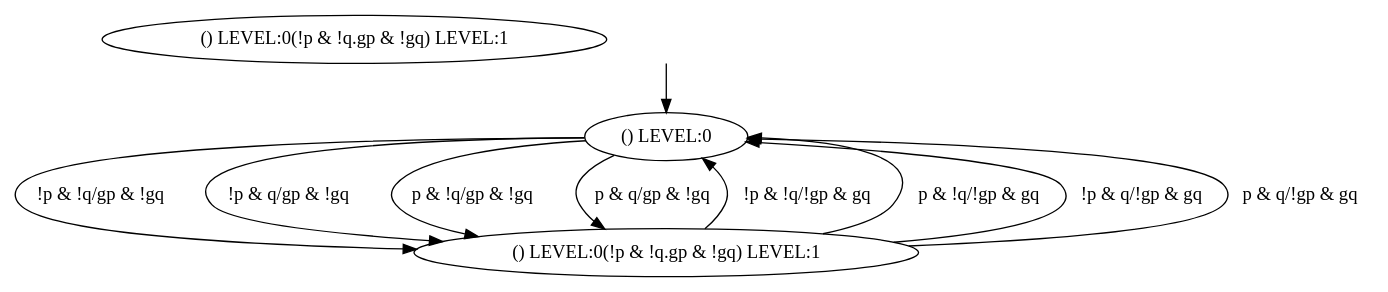
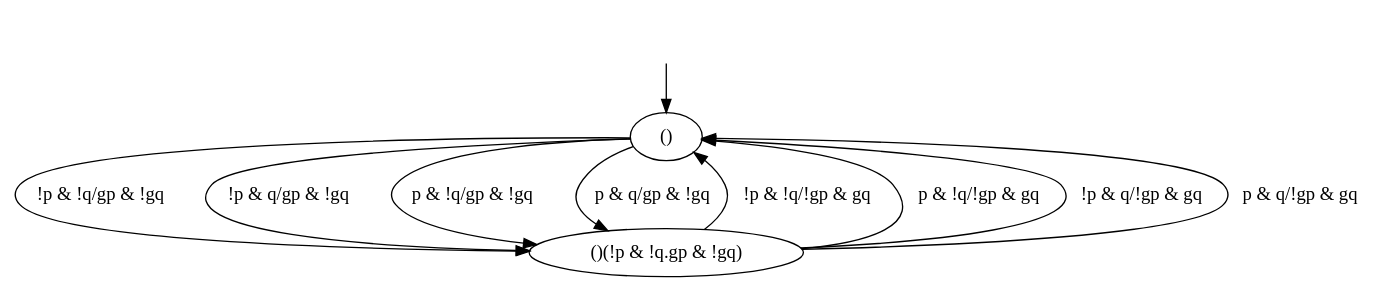
The diagram in examples/ArbitersTwoProcess/example1.dot (mrudu/synth-learn), drawn with Graphviz before and after one commit. The commit also changed 4 other files, not shown here.

```diff
--- a/examples/ArbitersTwoProcess/example1.dot
+++ b/examples/ArbitersTwoProcess/example1.dot
@@ -1,14 +1,14 @@
 digraph "examples/ArbitersTwoProcess/example1" {
-"() LEVEL" [label="() LEVEL:0"];
-"() LEVEL" [label="() LEVEL:0(!p & !q.gp & !gq) LEVEL:1"];
-"() LEVEL:0" -> "() LEVEL:0(!p & !q.gp & !gq) LEVEL:1"  [label="!p & !q/gp & !gq"];
-"() LEVEL:0" -> "() LEVEL:0(!p & !q.gp & !gq) LEVEL:1"  [label="!p & q/gp & !gq"];
-"() LEVEL:0" -> "() LEVEL:0(!p & !q.gp & !gq) LEVEL:1"  [label="p & !q/gp & !gq"];
-"() LEVEL:0" -> "() LEVEL:0(!p & !q.gp & !gq) LEVEL:1"  [label="p & q/gp & !gq"];
-"() LEVEL:0(!p & !q.gp & !gq) LEVEL:1" -> "() LEVEL:0"  [label="!p & !q/!gp & gq"];
-"() LEVEL:0(!p & !q.gp & !gq) LEVEL:1" -> "() LEVEL:0"  [label="p & !q/!gp & gq"];
-"() LEVEL:0(!p & !q.gp & !gq) LEVEL:1" -> "() LEVEL:0"  [label="!p & q/!gp & gq"];
-"() LEVEL:0(!p & !q.gp & !gq) LEVEL:1" -> "() LEVEL:0"  [label="p & q/!gp & gq"];
+"()" [label="()"];
+"()(!p & !q.gp & !gq)" [label="()(!p & !q.gp & !gq)"];
+"()" -> "()(!p & !q.gp & !gq)"  [label="!p & !q/gp & !gq"];
+"()" -> "()(!p & !q.gp & !gq)"  [label="!p & q/gp & !gq"];
+"()" -> "()(!p & !q.gp & !gq)"  [label="p & !q/gp & !gq"];
+"()" -> "()(!p & !q.gp & !gq)"  [label="p & q/gp & !gq"];
+"()(!p & !q.gp & !gq)" -> "()"  [label="!p & !q/!gp & gq"];
+"()(!p & !q.gp & !gq)" -> "()"  [label="p & !q/!gp & gq"];
+"()(!p & !q.gp & !gq)" -> "()"  [label="!p & q/!gp & gq"];
+"()(!p & !q.gp & !gq)" -> "()"  [label="p & q/!gp & gq"];
 __start0 [label="", shape=none];
-__start0 -> "() LEVEL:0"  [label=""];
+__start0 -> "()"  [label=""];
 }
```
